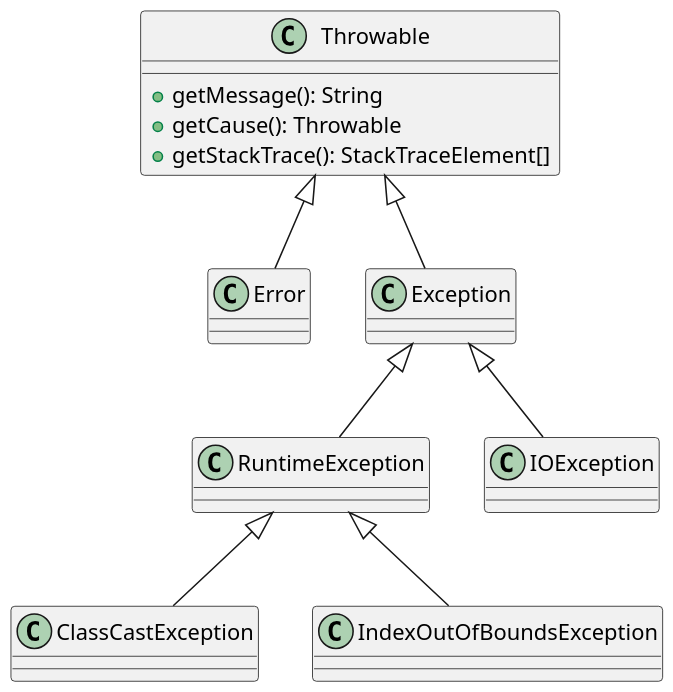
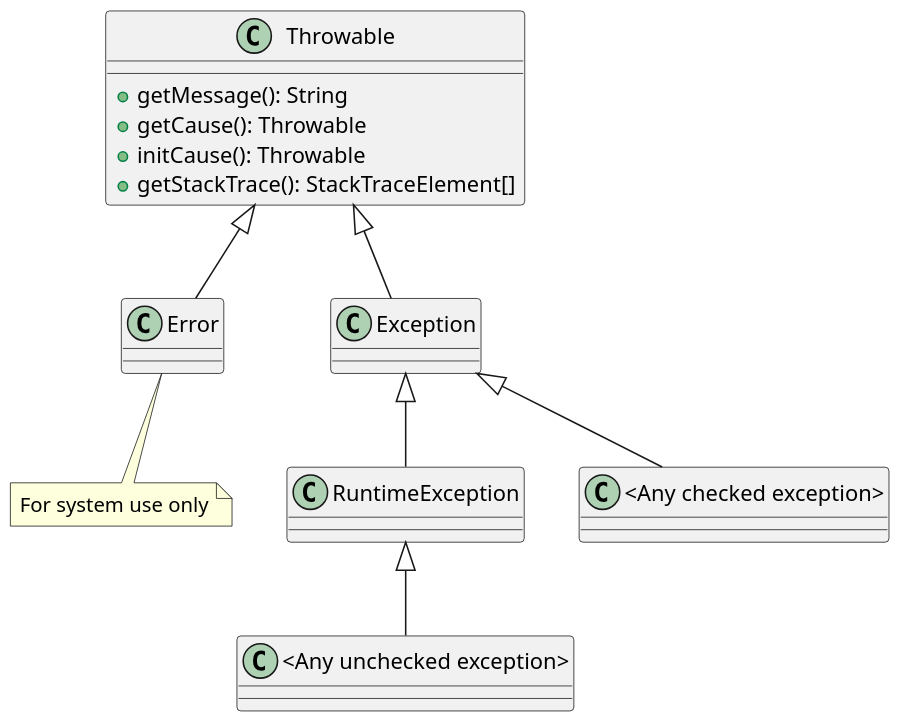
One commit to inponomarev/java-mipt changed the first of 8 diagrams in slides04/src/main/asciidoc/lecture.adoc. Above: the diagram before and after it, drawn with PlantUML. The commit also changed 8 other files, not shown here.

Commit message:
improve diagrams and translations

```diff
--- a/slides04/src/main/asciidoc/lecture.adoc
+++ b/slides04/src/main/asciidoc/lecture.adoc
@@ -92,25 +92,27 @@
 [plantuml, exceptionclasses, png]
 ----
 @startuml
 
-skinparam dpi 150 
+skinparam dpi 150
 
 class Throwable {
   + getMessage(): String
   + getCause(): Throwable
+  + initCause(): Throwable
   + getStackTrace(): StackTraceElement[]
 }
+
+class Error
+note bottom: For system use only
+
 
 Throwable <|-- Error
 Throwable <|-- Exception
 Exception <|-- RuntimeException
 
 
-RuntimeException <|-- ClassCastException
-RuntimeException <|-- IndexOutOfBoundsException
+RuntimeException <|-- "<Any unchecked exception>"
 
-Exception <|-- IOException
-
-
+Exception <|-- "<Any checked exception>"
 @enduml
 ----
```
